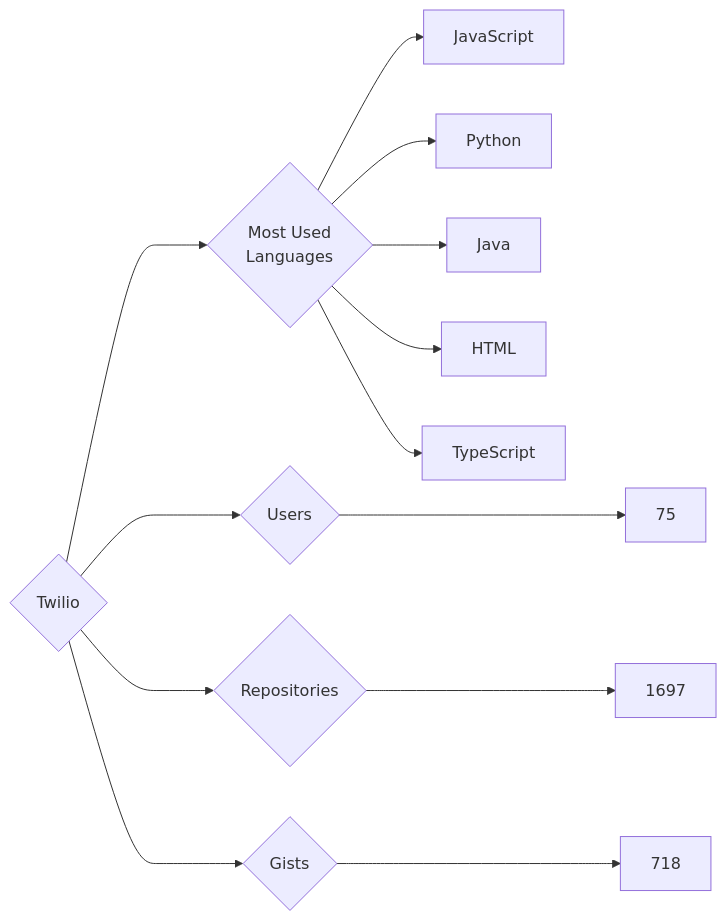
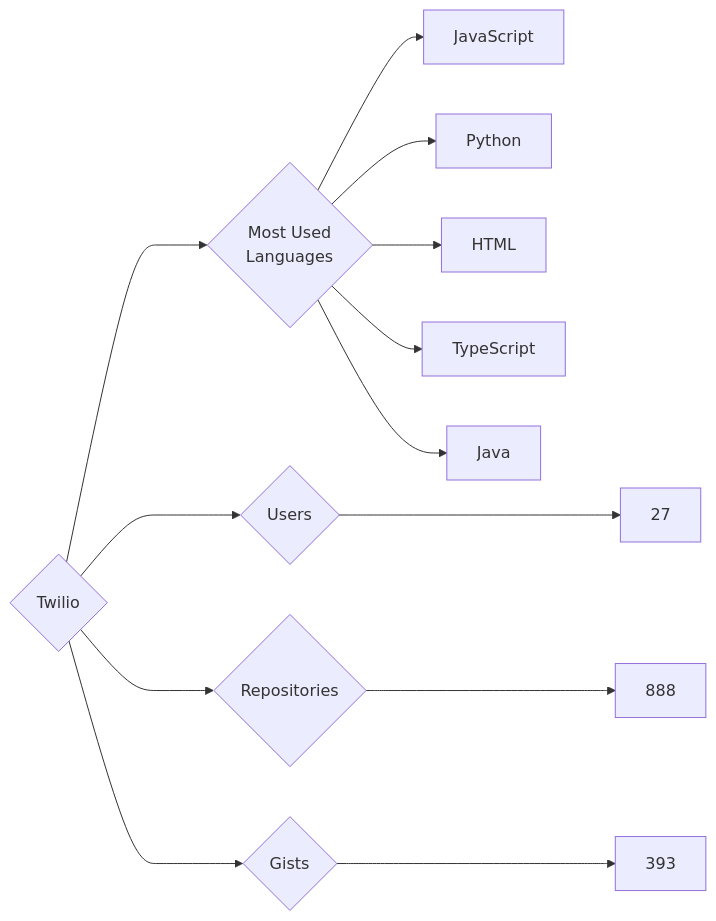
Before and after one commit to trickest/insiders: the diagram in targets/Twilio/README.md, drawn with Mermaid. The commit also changed 940 other files, not shown here.

````diff
--- a/targets/Twilio/README.md
+++ b/targets/Twilio/README.md
@@ -3,13 +3,13 @@
 ```mermaid
 graph LR
 COMPANY_NAME{Twilio}
-COMPANY_NAME ---> U{Users} ---> UN[75]
-COMPANY_NAME ---> R{Repositories} ---> RN[1697]
-COMPANY_NAME ---> G{Gists} ---> GN[718]
+COMPANY_NAME ---> U{Users} ---> UN[27]
+COMPANY_NAME ---> R{Repositories} ---> RN[888]
+COMPANY_NAME ---> G{Gists} ---> GN[393]
 COMPANY_NAME ---> ML{Most Used<br>Languages}
 ML --> JavaScript[JavaScript]
 ML --> Python[Python]
-ML --> Java[Java]
 ML --> HTML[HTML]
 ML --> TypeScript[TypeScript]
+ML --> Java[Java]
 ```
````
